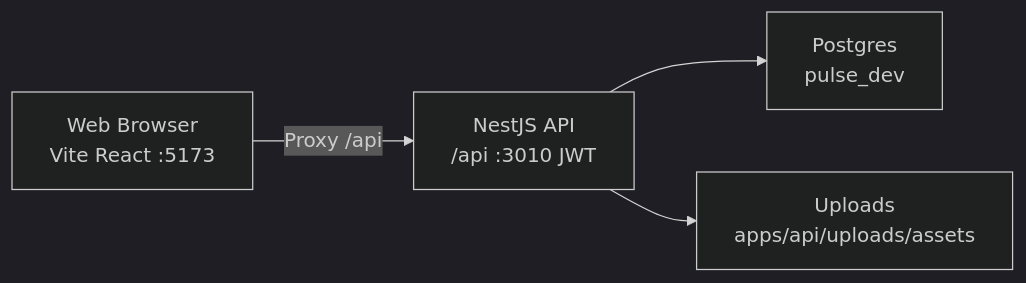
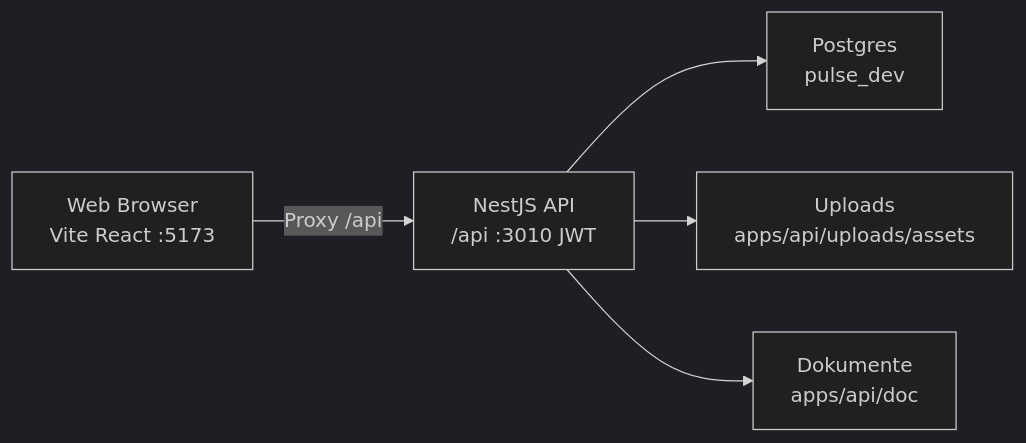
Before and after one commit to ERedich/pulsecmms: the first of 3 diagrams in slice.md, drawn with Mermaid (dark theme). The commit also changed other lines of this file and 70 other files, not shown here.

````diff
--- a/slice.md
+++ b/slice.md
@@ -19,11 +19,13 @@
 ```mermaid
 flowchart LR
   Browser["Web Browser\nVite React :5173"]
   Api["NestJS API\n/api :3010 JWT"]
   Db["Postgres\npulse_dev"]
   Files["Uploads\napps/api/uploads/assets"]
+  Docs["Dokumente\napps/api/doc"]
 
   Browser -->|"Proxy /api"| Api
   Api --> Db
   Api --> Files
+  Api --> Docs
 ```
````
